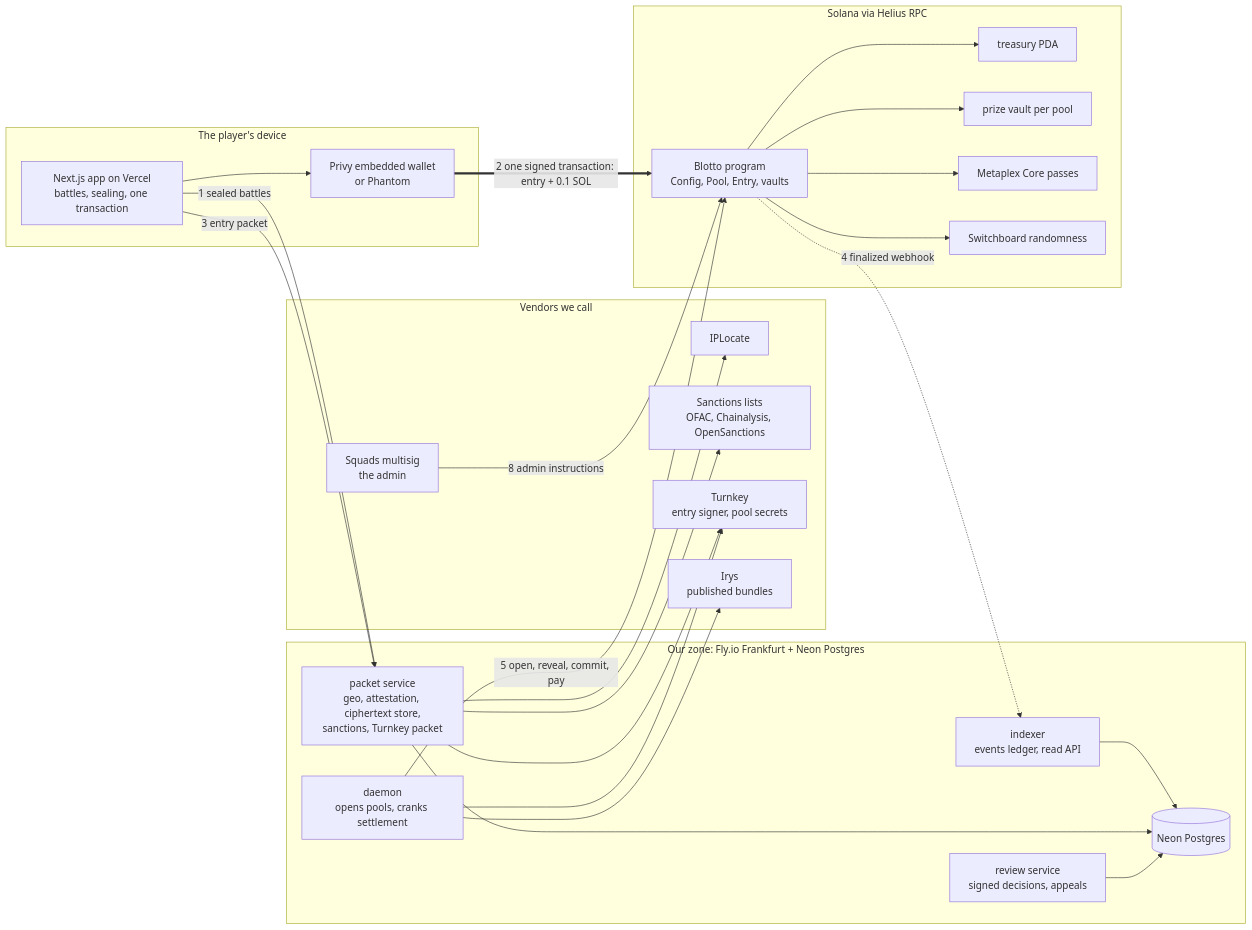
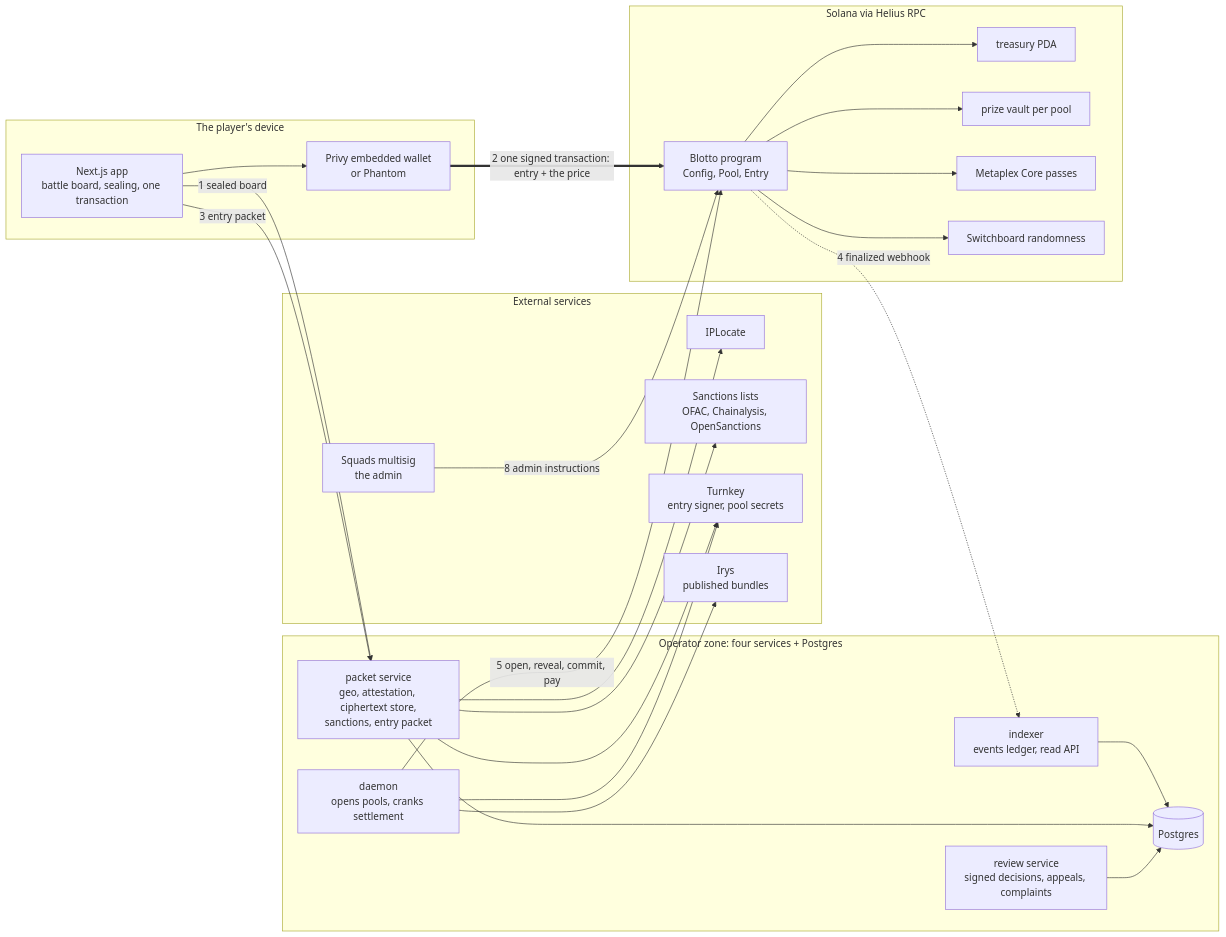
The first of 7 diagrams in docs/architecture/DIAGRAMS.md (tomtblock/blotto), drawn with Mermaid before and after one commit. The commit also changed other lines of this file and 1 other file, not shown here.

First line of the commit message:
Docs cleanup: architecture and diagrams re-verified against the code

````diff
--- a/docs/architecture/DIAGRAMS.md
+++ b/docs/architecture/DIAGRAMS.md
@@ -20,41 +20,41 @@
 ```mermaid
 flowchart LR
   subgraph device["The player's device"]
-    APP["Next.js app on Vercel<br/>battles, sealing, one transaction"]
+    APP["Next.js app<br/>battle board, sealing, one transaction"]
     WALLET["Privy embedded wallet<br/>or Phantom"]
   end
-  subgraph ours["Our zone: Fly.io Frankfurt + Neon Postgres"]
-    PACKET["packet service<br/>geo, attestation, ciphertext store,<br/>sanctions, Turnkey packet"]
+  subgraph ours["Operator zone: four services + Postgres"]
+    PACKET["packet service<br/>geo, attestation, ciphertext store,<br/>sanctions, entry packet"]
     INDEXER["indexer<br/>events ledger, read API"]
     DAEMON["daemon<br/>opens pools, cranks settlement"]
-    REVIEW["review service<br/>signed decisions, appeals"]
-    NEON[("Neon Postgres")]
+    REVIEW["review service<br/>signed decisions, appeals, complaints"]
+    PG[("Postgres")]
   end
-  subgraph vendors["Vendors we call"]
+  subgraph vendors["External services"]
     IPL["IPLocate"]
     SANC["Sanctions lists<br/>OFAC, Chainalysis, OpenSanctions"]
     TK["Turnkey<br/>entry signer, pool secrets"]
     IRYS["Irys<br/>published bundles"]
     SQUADS["Squads multisig<br/>the admin"]
   end
   subgraph chain["Solana via Helius RPC"]
-    PROG["Blotto program<br/>Config, Pool, Entry, vaults"]
+    PROG["Blotto program<br/>Config, Pool, Entry"]
     TREAS["treasury PDA"]
     VAULT["prize vault per pool"]
     MPL["Metaplex Core passes"]
     SB["Switchboard randomness"]
   end
-  APP -- "1 sealed battles" --> PACKET
+  APP -- "1 sealed board" --> PACKET
   APP -- "3 entry packet" --> PACKET
   PACKET --> IPL & SANC & TK
   APP --> WALLET
-  WALLET == "2 one signed transaction: entry + 0.1 SOL" ==> PROG
+  WALLET == "2 one signed transaction: entry + the price" ==> PROG
   PROG --> TREAS & VAULT & MPL & SB
   PROG -. "4 finalized webhook" .-> INDEXER
-  INDEXER --> NEON
-  PACKET --> NEON
-  REVIEW --> NEON
+  INDEXER --> PG
+  PACKET --> PG
+  REVIEW --> PG
   DAEMON -- "5 open, reveal, commit, pay" --> PROG
   DAEMON --> TK & IRYS
   SQUADS -- "8 admin instructions" --> PROG
 ```
````
